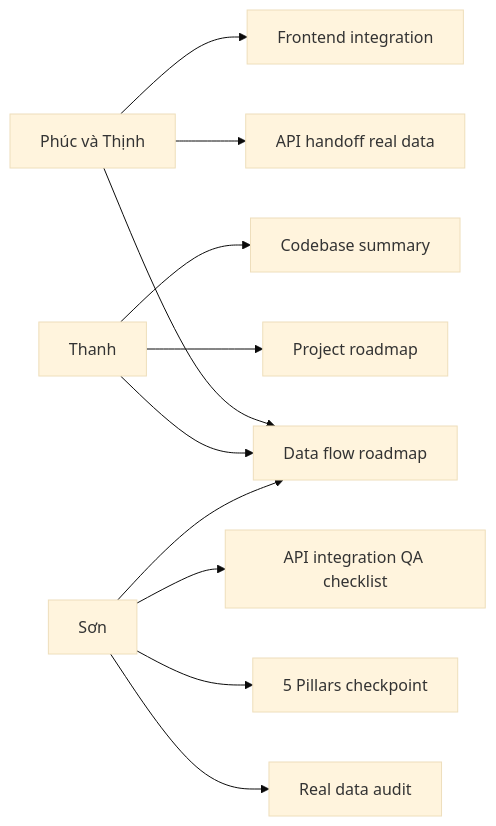
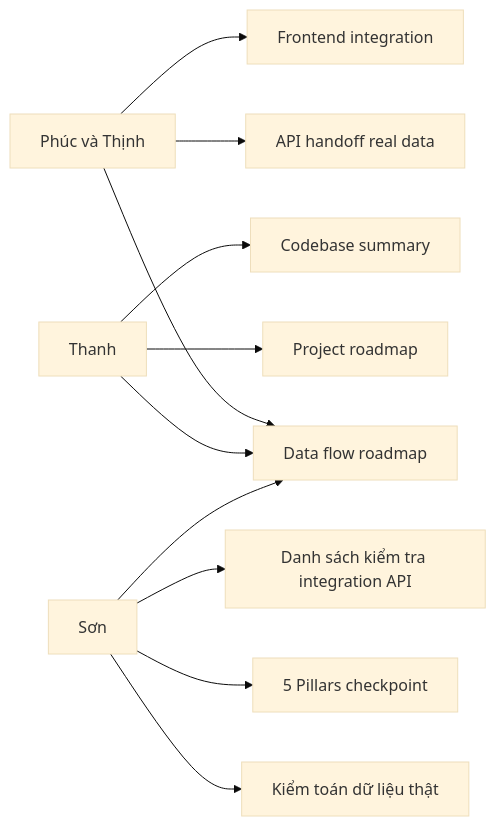
The second of 2 diagrams in docs/README.md (uit-25730067-chithanh/AI002-Team22-DT10), drawn with Mermaid (base theme) before and after one commit. The commit also changed other lines of this file and 2 other files, not shown here.

First line of the commit message:
docs(core): update README, codebase summary and project roadmap

````diff
--- a/docs/README.md
+++ b/docs/README.md
@@ -34,15 +34,15 @@
 ```mermaid
 flowchart LR
     A[Phúc và Thịnh] --> B[Data flow roadmap]
     A --> C[API handoff real data]
     A --> D[Frontend integration]
 
     E[Thanh] --> B
     E --> F[Project roadmap]
     E --> G[Codebase summary]
 
     H[Sơn] --> B
-    H --> I[Real data audit]
+    H --> I[Kiểm toán dữ liệu thật]
     H --> J[5 Pillars checkpoint]
-    H --> K[API integration QA checklist]
+    H --> K[Danh sách kiểm tra integration API]
 ```
````
